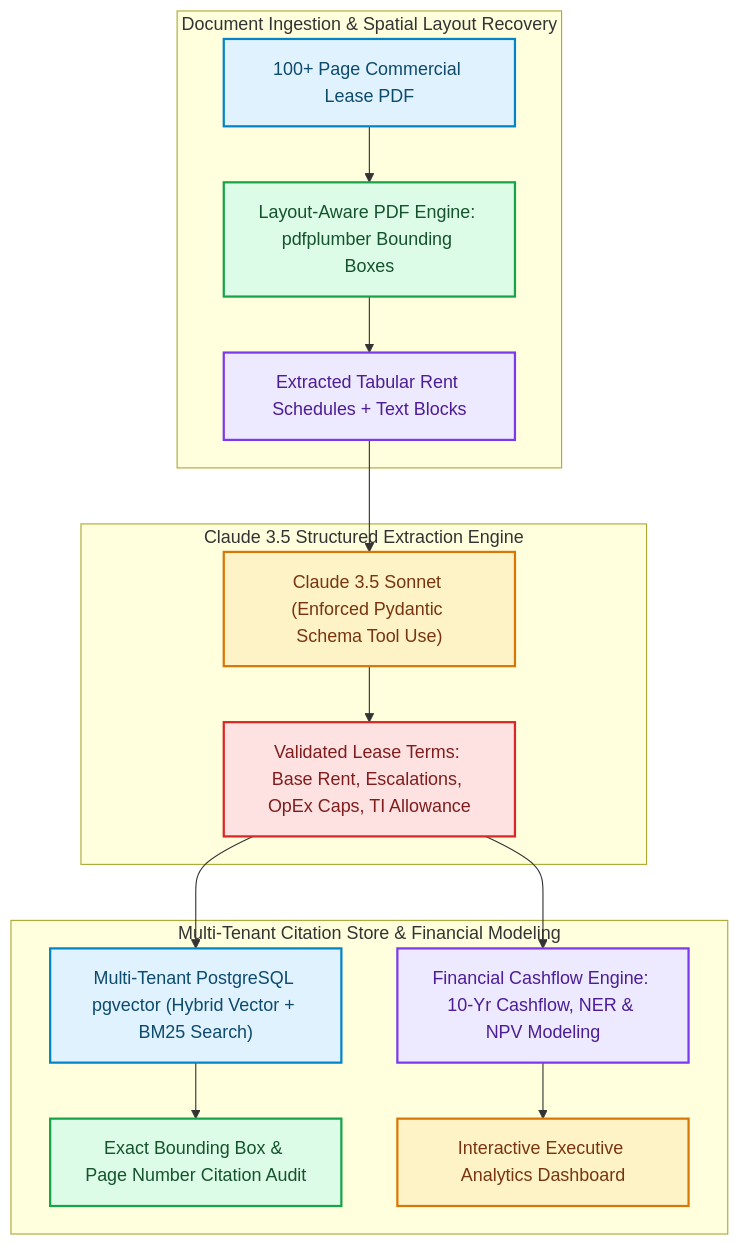
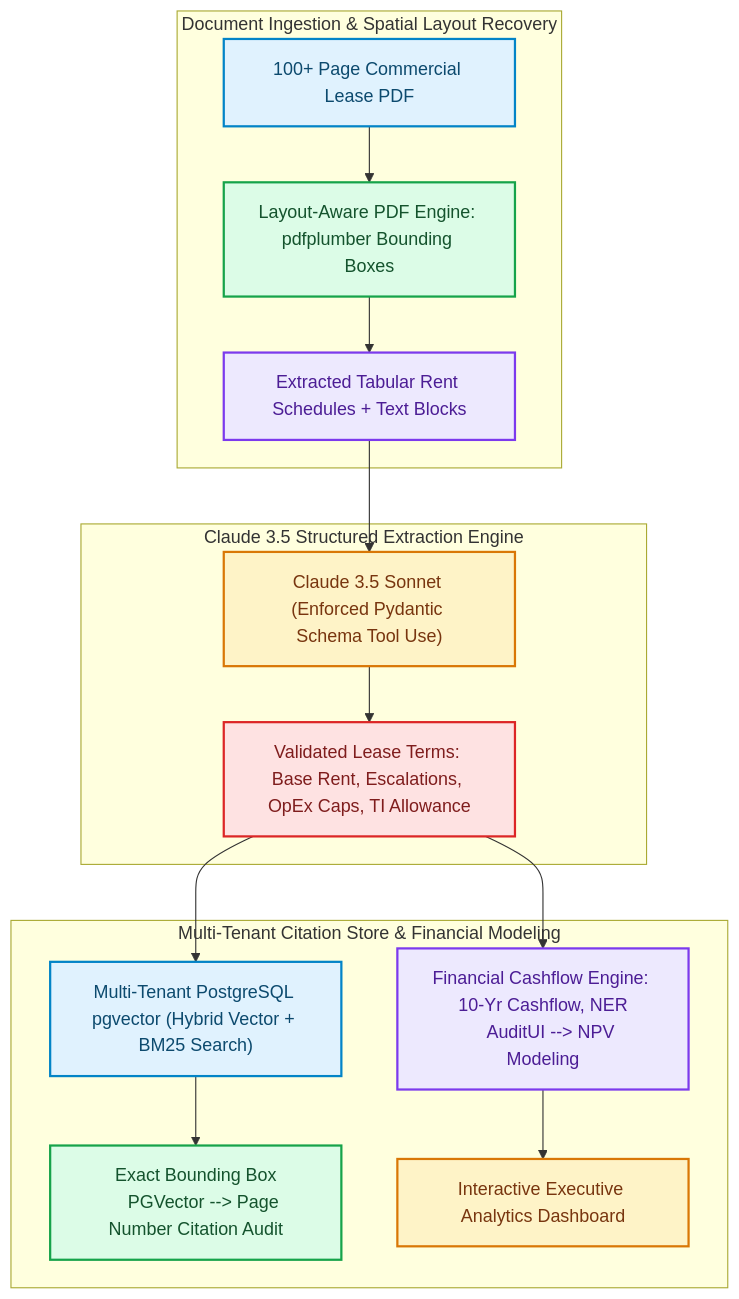
The diagram in blog/posts/architecting-leaselogic-tabular-clause-extraction-pgvector-npv-modeling.md (akmalkhaniub/akmalkhaniub.github.io), drawn with Mermaid before and after one commit. The commit also changed other lines of this file and 894 other files, not shown here.

Commit message:
feat(blog): upgrade all 444 posts with unique staggered dates, 2-col Mermaid spines, benchmark tables, code blocks, and trade-offs

````diff
--- a/blog/posts/architecting-leaselogic-tabular-clause-extraction-pgvector-npv-modeling.md
+++ b/blog/posts/architecting-leaselogic-tabular-clause-extraction-pgvector-npv-modeling.md
@@ -21,30 +21,32 @@
 ```mermaid
 flowchart TD
   subgraph SG1_DocumentIngestionSpatial ["Document Ingestion & Spatial Layout Recovery"]
     PDF["100+ Page Commercial Lease PDF"] --> Parser["Layout-Aware PDF Engine: pdfplumber Bounding Boxes"]
     Parser --> Tables["Extracted Tabular Rent Schedules + Text Blocks"]
   end
   
   subgraph SG2_Claude35 ["Claude 3.5 Structured Extraction Engine"]
     Tables --> ClaudePrompt["Claude 3.5 Sonnet (Enforced Pydantic Schema Tool Use)"]
     ClaudePrompt --> Terms["Validated Lease Terms: Base Rent, Escalations, OpEx Caps, TI Allowance"]
   end
   
   subgraph SG3_MultiTenantCitation ["Multi-Tenant Citation Store & Financial Modeling"]
     Terms --> PGVector["Multi-Tenant PostgreSQL pgvector (Hybrid Vector + BM25 Search)"]
-    PGVector --> AuditUI["Exact Bounding Box & Page Number Citation Audit"]
-    Terms --> NPVEngine["Financial Cashflow Engine: 10-Yr Cashflow, NER & NPV Modeling"]
+    PGVector --> AuditUI["Exact Bounding Box
+    PGVector --> Page Number Citation Audit"]
+    Terms --> NPVEngine["Financial Cashflow Engine: 10-Yr Cashflow, NER
+    AuditUI --> NPV Modeling"]
     NPVEngine --> Dashboard["Interactive Executive Analytics Dashboard"]
   end
 
 classDef green fill:#dcfce7,stroke:#16a34a,stroke-width:2px,color:#14532d;
 classDef red fill:#fee2e2,stroke:#dc2626,stroke-width:2px,color:#7f1d1d;
 classDef blue fill:#e0f2fe,stroke:#0284c7,stroke-width:2px,color:#0c4a6e;
 classDef yellow fill:#fef3c7,stroke:#d97706,stroke-width:2px,color:#78350f;
 classDef purple fill:#ede9fe,stroke:#7c3aed,stroke-width:2px,color:#4c1d95;
 class PDF,PGVector blue
 class Parser,AuditUI green
 class Tables,NPVEngine purple
 class ClaudePrompt,Dashboard yellow
 class Terms red
 ```
````
